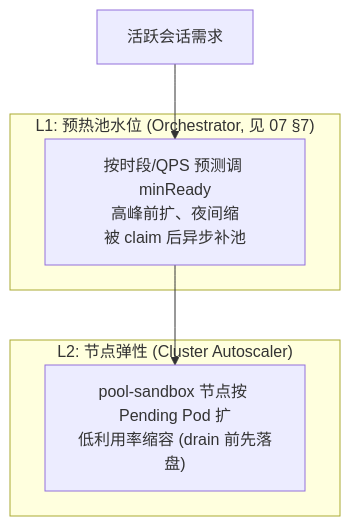
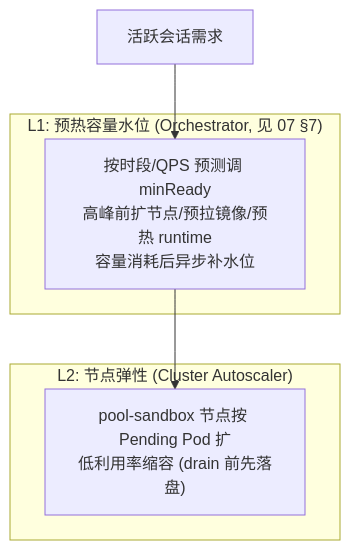
Before and after one commit to edward-ng-duke/LobsterAI: the sixth of 7 diagrams in 改造计划/15-部署运维与可观测性.md, drawn with Mermaid. The commit also changed other lines of this file and 22 other files, not shown here.

````diff
--- a/改造计划/15-部署运维与可观测性.md
+++ b/改造计划/15-部署运维与可观测性.md
@@ -482,10 +573,10 @@
 ```mermaid
 flowchart TB
-  subgraph L1["L1: 预热池水位 (Orchestrator, 见 07 §7)"]
-    WP["按时段/QPS 预测调 minReady<br/>高峰前扩、夜间缩<br/>被 claim 后异步补池"]
+  subgraph L1["L1: 预热容量水位 (Orchestrator, 见 07 §7)"]
+    WP["按时段/QPS 预测调 minReady<br/>高峰前扩节点/预拉镜像/预热 runtime<br/>容量消耗后异步补水位"]
   end
   subgraph L2["L2: 节点弹性 (Cluster Autoscaler)"]
     CA["pool-sandbox 节点按 Pending Pod 扩<br/>低利用率缩容 (drain 前先落盘)"]
   end
   Demand["活跃会话需求"] --> WP --> CA
 ```
````
